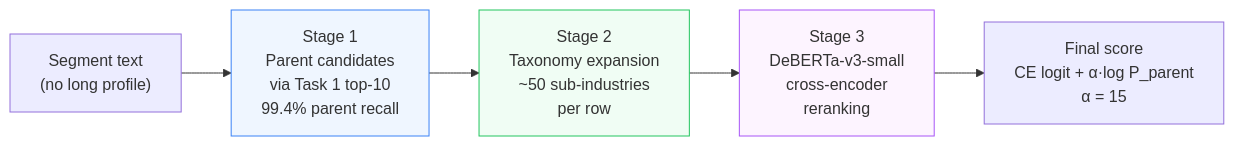
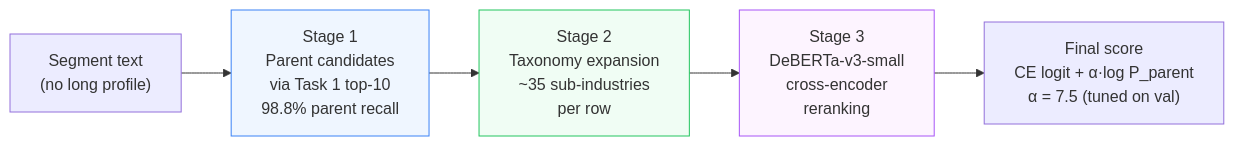
One commit to meeetppatel/depaul-morningstar-capstone changed the fourth of 4 diagrams in README.md. Above: the diagram before and after it, drawn with Mermaid. The commit also changed other lines of this file and 7 other files, not shown here.

````diff
--- a/README.md
+++ b/README.md
@@ -106,11 +138,11 @@
 ```mermaid
 flowchart LR
-    A["Segment text\n(no long profile)"] --> B["Stage 1\nParent candidates\nvia Task 1 top-10\n99.4% parent recall"]
-    B --> C["Stage 2\nTaxonomy expansion\n~50 sub-industries\nper row"]
+    A["Segment text\n(no long profile)"] --> B["Stage 1\nParent candidates\nvia Task 1 top-10\n98.8% parent recall"]
+    B --> C["Stage 2\nTaxonomy expansion\n~35 sub-industries\nper row"]
     C --> D["Stage 3\nDeBERTa-v3-small\ncross-encoder\nreranking"]
-    D --> E["Final score\nCE logit + α·log P_parent\nα = 15"]
+    D --> E["Final score\nCE logit + α·log P_parent\nα = 7.5 (tuned on val)"]
 
     style B fill:#eff6ff,stroke:#3b82f6
     style C fill:#f0fdf4,stroke:#22c55e
     style D fill:#fdf4ff,stroke:#a855f7
 ```
````
